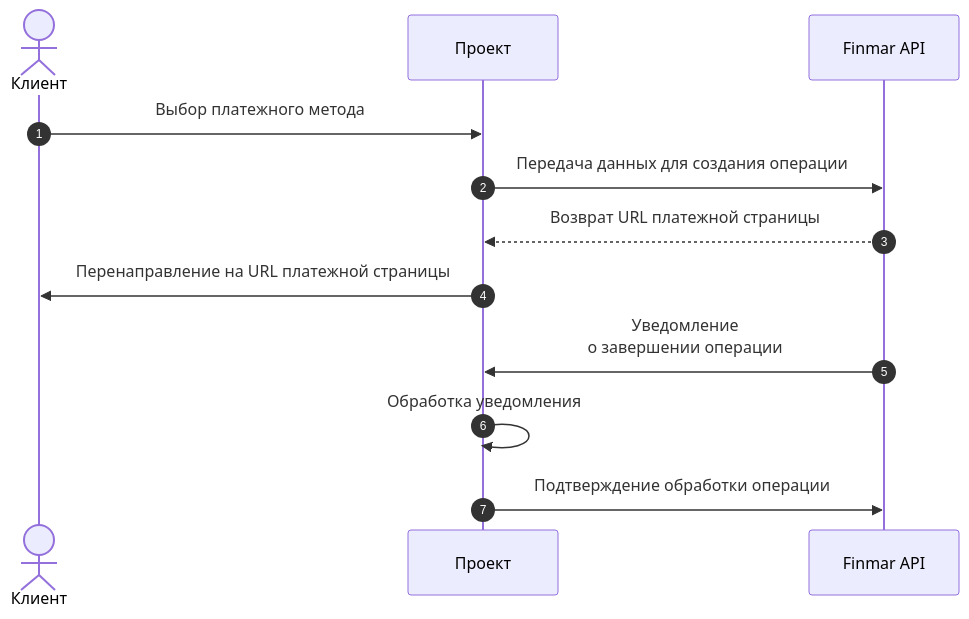
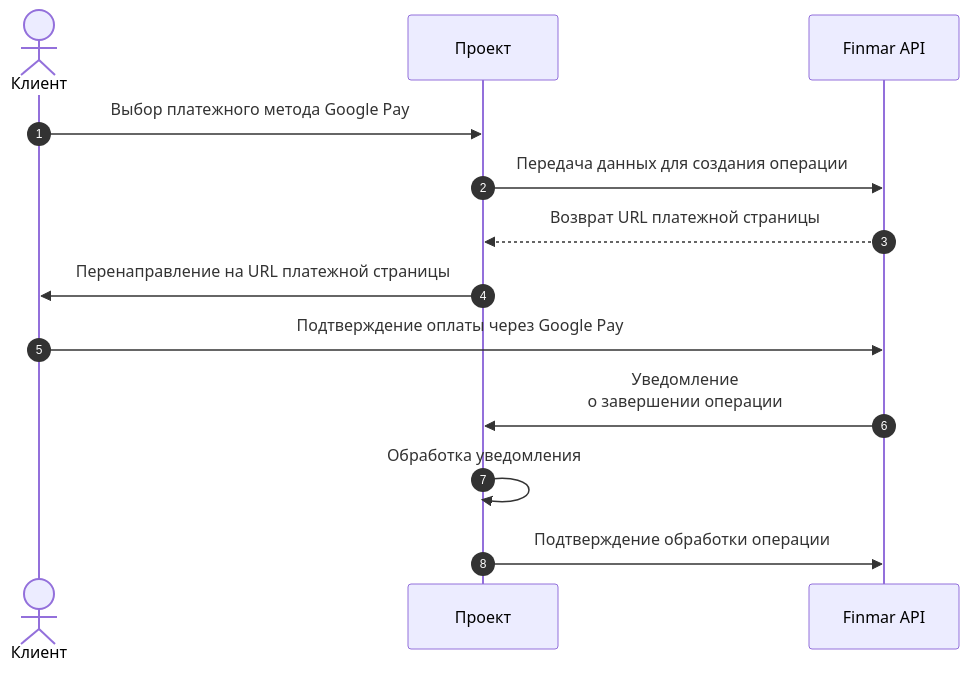
Before and after one commit to sergeyglobo/documentation: the diagram in products/googlepay.mdx, drawn with Mermaid. The commit also changed other lines of this file and 18 other files, not shown here.

````diff
--- a/products/googlepay.mdx
+++ b/products/googlepay.mdx
@@ -12,14 +14,15 @@
 ```mermaid
 sequenceDiagram
     autonumber
     actor Клиент
     participant Проект
     participant Finmar API
-    Клиент->>Проект: Выбор платежного метода
+    Клиент->>Проект: Выбор платежного метода Google Pay
     Проект->>Finmar API: Передача данных для создания операции
     Finmar API-->>Проект: Возврат URL платежной страницы
     Проект->>Клиент: Перенаправление на URL платежной страницы
+    Клиент->>Finmar API: Подтверждение оплаты через Google Pay
     Finmar API->>Проект: Уведомление<br>о завершении операции
     Проект->>Проект: Обработка уведомления
     Проект->>Finmar API: Подтверждение обработки операции
 ```
````
